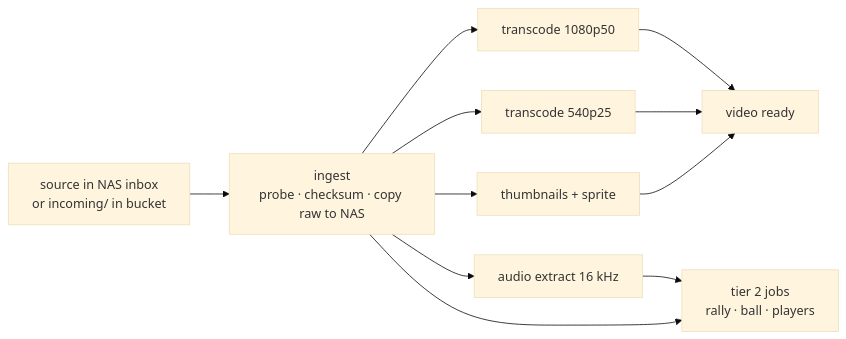
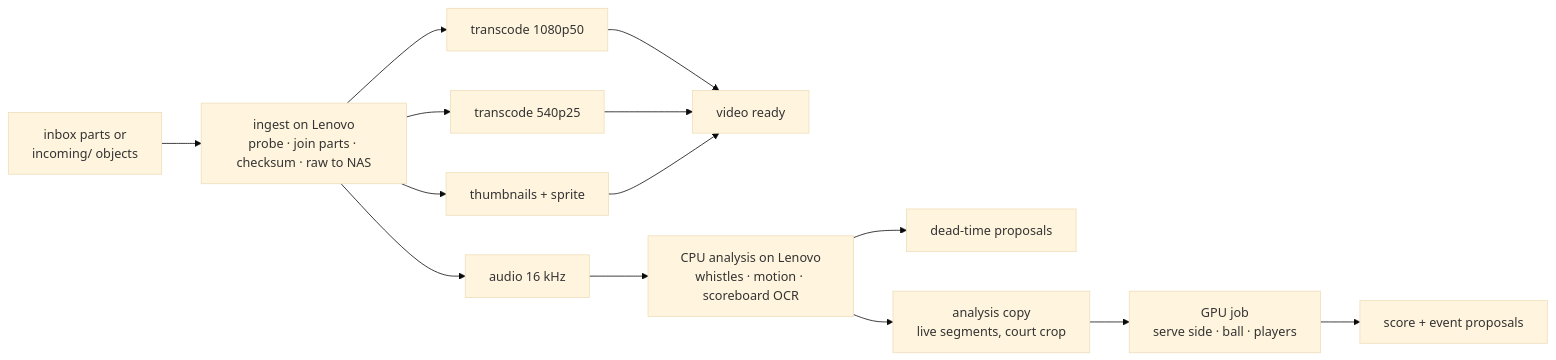
The fourth of 4 diagrams in docs/PLAN.md (KSC-Wiedikon/wieplay), drawn with Mermaid (base theme) before and after one commit. The commit also changed other lines of this file and 1 other file, not shown here.

````diff
--- a/docs/PLAN.md
+++ b/docs/PLAN.md
@@ -586,11 +673,14 @@
 ```mermaid
 flowchart LR
-  A[source in NAS inbox<br/>or incoming/ in bucket] --> I[ingest<br/>probe · checksum · copy raw to NAS]
+  A[inbox parts or<br/>incoming/ objects] --> I[ingest on Lenovo<br/>probe · join parts · checksum · raw to NAS]
   I --> T1[transcode 1080p50]
   I --> T2[transcode 540p25]
   I --> TH[thumbnails + sprite]
-  I --> AU[audio extract 16 kHz]
+  I --> AU[audio 16 kHz]
   T1 & T2 & TH --> R[video ready]
-  AU --> ML[tier 2 jobs<br/>rally · ball · players]
-  I --> ML
+  AU --> CPU[CPU analysis on Lenovo<br/>whistles · motion · scoreboard OCR]
+  CPU --> DT[dead-time proposals]
+  CPU --> AC[analysis copy<br/>live segments, court crop]
+  AC --> G[GPU job<br/>serve side · ball · players]
+  G --> SC[score + event proposals]
 ```
````
